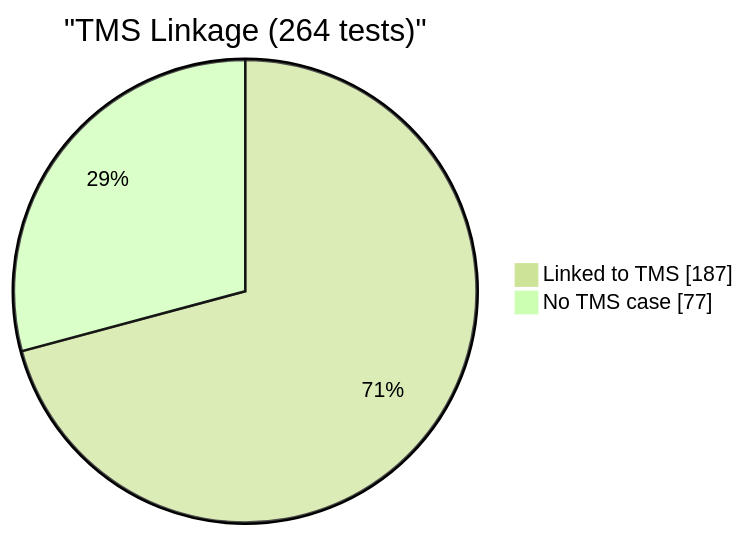
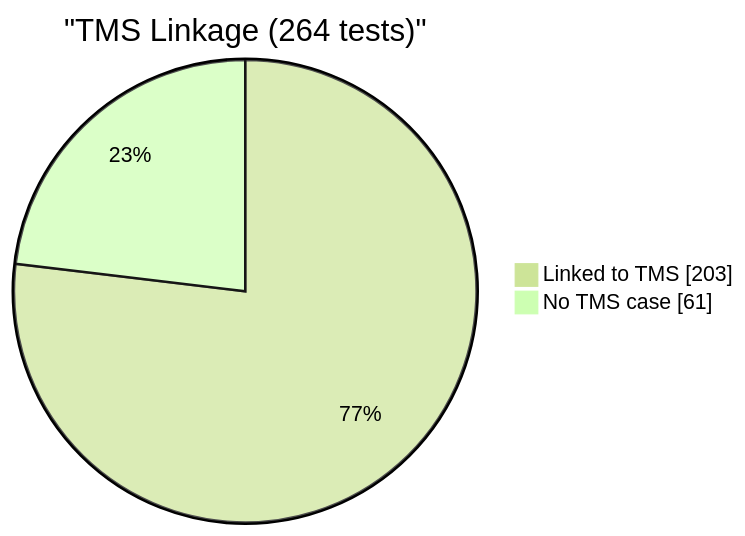
Before and after one commit to EliteaAI/onetest-ai-tm-Elitea: the fourth of 4 diagrams in reports/dashboard.md, drawn with Mermaid (forest theme). The commit also changed other lines of this file and 1 other file, not shown here.

````diff
--- a/reports/dashboard.md
+++ b/reports/dashboard.md
@@ -76,6 +76,6 @@
 ```mermaid
 pie showData
     title "TMS Linkage (264 tests)"
-    "Linked to TMS" : 187
-    "No TMS case" : 77
+    "Linked to TMS" : 203
+    "No TMS case" : 61
 ```
````
